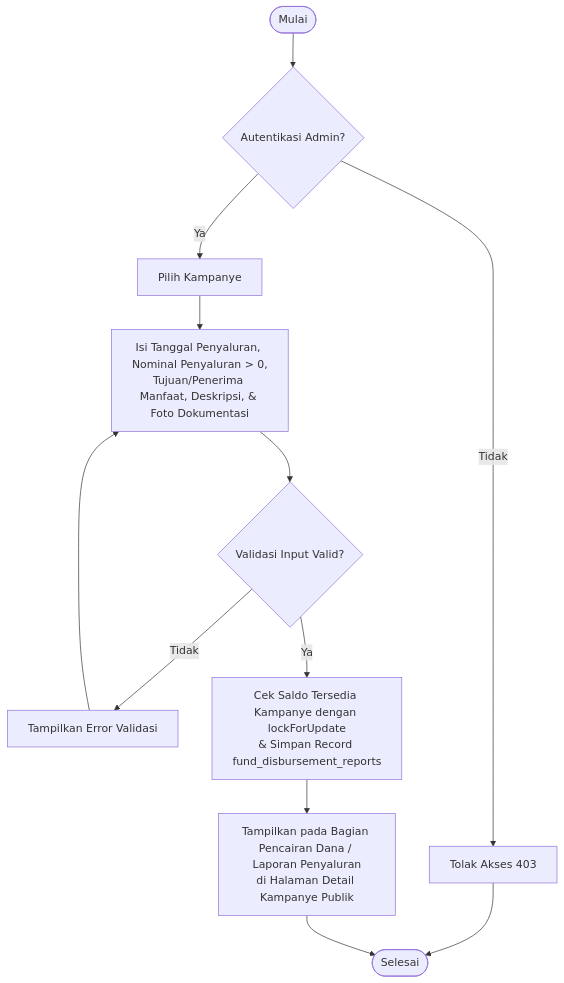
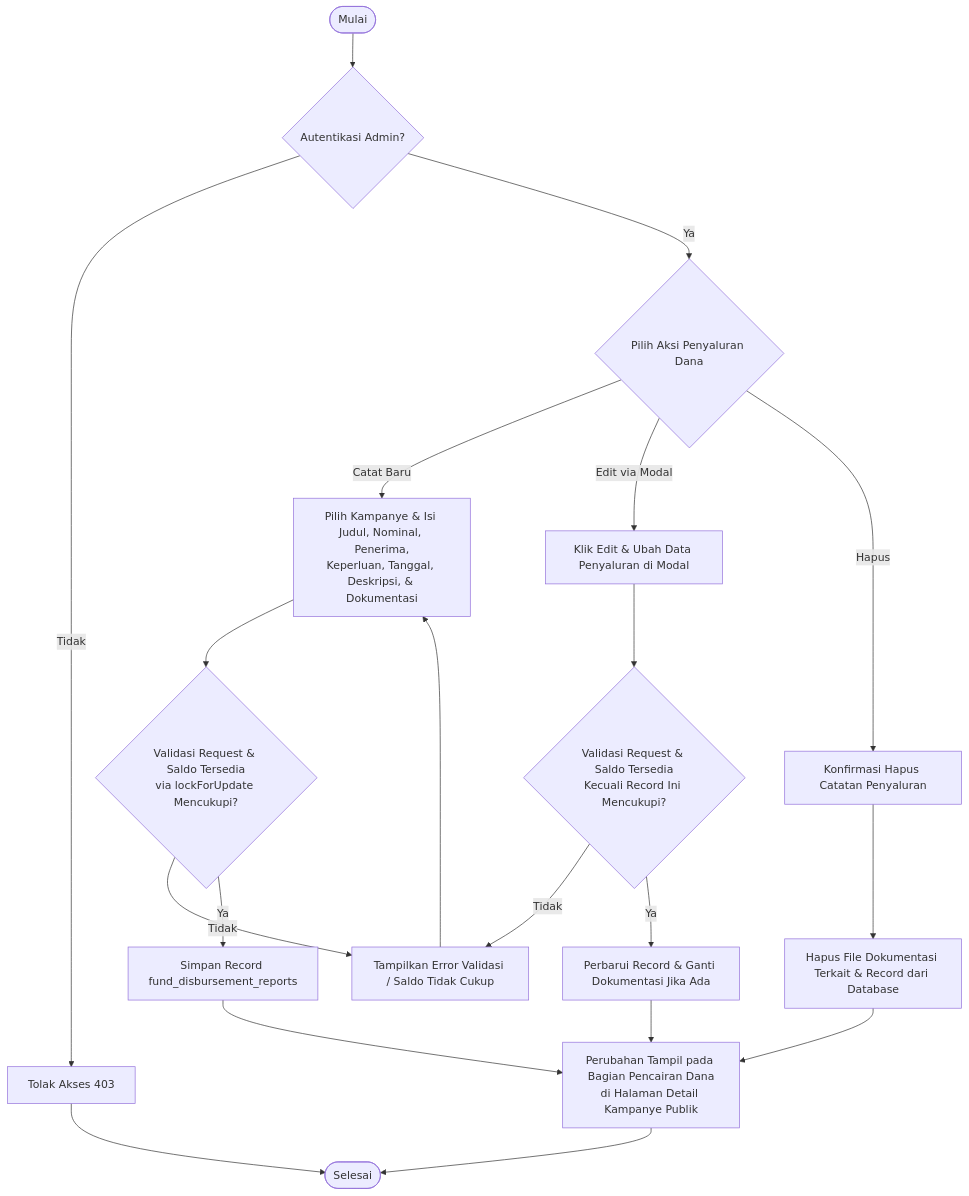
The eighth of 8 diagrams in docs/architecture/activity-diagram.md (Sakiih/KitaPeduli-Project-Tugas-Akhir-PPBO), drawn with Mermaid before and after one commit. The commit also changed other lines of this file and 7 other files, not shown here.

Commit message:
docs(api-arch): fix Postman runner flow and align architecture docs

````diff
--- a/docs/architecture/activity-diagram.md
+++ b/docs/architecture/activity-diagram.md
@@ -179,16 +190,27 @@
 ```mermaid
 flowchart TD
     Start([Mulai]) --> AdminCheck{Autentikasi Admin?}
     AdminCheck -->|Tidak| Deny[Tolak Akses 403]
     Deny --> End([Selesai])
 
-    AdminCheck -->|Ya| SelectCamp[Pilih Kampanye]
-    SelectCamp --> InputDisb[Isi Tanggal Penyaluran, Nominal Penyaluran > 0,\nTujuan/Penerima Manfaat, Deskripsi, & Foto Dokumentasi]
-    InputDisb --> ValidateDisb{Validasi Input Valid?}
-    ValidateDisb -->|Tidak| ShowErr[Tampilkan Error Validasi]
+    AdminCheck -->|Ya| Action{Pilih Aksi Penyaluran Dana}
+
+    Action -->|Catat Baru| InputDisb[Pilih Kampanye & Isi Judul, Nominal, Penerima,\nKeperluan, Tanggal, Deskripsi, & Dokumentasi]
+    InputDisb --> ValidateDisb{Validasi Request & Saldo Tersedia\nvia lockForUpdate Mencukupi?}
+    ValidateDisb -->|Tidak| ShowErr[Tampilkan Error Validasi / Saldo Tidak Cukup]
     ShowErr --> InputDisb
+    ValidateDisb -->|Ya| SaveDisb[Simpan Record fund_disbursement_reports]
+    SaveDisb --> DisplayPublic[Perubahan Tampil pada Bagian Pencairan Dana\ndi Halaman Detail Kampanye Publik]
 
-    ValidateDisb -->|Ya| SaveDisb[Cek Saldo Tersedia Kampanye dengan lockForUpdate\n& Simpan Record fund_disbursement_reports]
-    SaveDisb --> DisplayPublic[Tampilkan pada Bagian Pencairan Dana / Laporan Penyaluran\ndi Halaman Detail Kampanye Publik]
+    Action -->|Edit via Modal| OpenEditDisb[Klik Edit & Ubah Data Penyaluran di Modal]
+    OpenEditDisb --> ValidateEditDisb{Validasi Request & Saldo Tersedia\nKecuali Record Ini Mencukupi?}
+    ValidateEditDisb -->|Tidak| ShowErr
+    ValidateEditDisb -->|Ya| UpdateDisb[Perbarui Record & Ganti Dokumentasi Jika Ada]
+    UpdateDisb --> DisplayPublic
+
+    Action -->|Hapus| ConfirmDisb[Konfirmasi Hapus Catatan Penyaluran]
+    ConfirmDisb --> DeleteDisb[Hapus File Dokumentasi Terkait & Record dari Database]
+    DeleteDisb --> DisplayPublic
+
     DisplayPublic --> End
 ```
````
